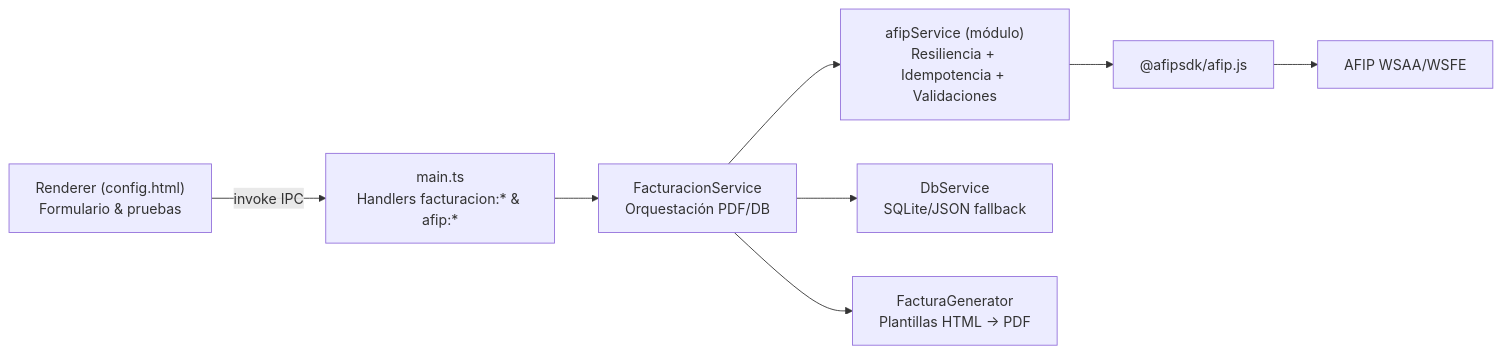
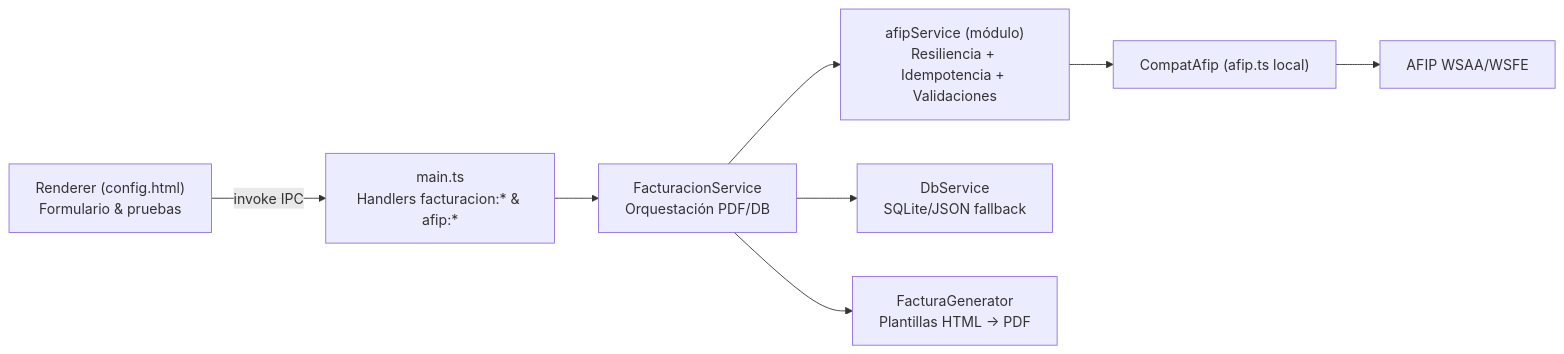
The first of 2 diagrams in docs/doc_afip/ANALISIS_MODULO_FACTURACION.md (ismaelsuarez/mp), drawn with Mermaid before and after one commit. The commit also changed other lines of this file and 170 other files, not shown here.

````diff
--- a/docs/doc_afip/ANALISIS_MODULO_FACTURACION.md
+++ b/docs/doc_afip/ANALISIS_MODULO_FACTURACION.md
@@ -48,10 +48,10 @@
 ```mermaid
 flowchart LR
   UI["Renderer (config.html)\nFormulario & pruebas"] -->|invoke IPC| MAIN["main.ts\nHandlers facturacion:* & afip:*"]
   MAIN --> FAC["FacturacionService\nOrquestación PDF/DB"]
   FAC --> AFS["afipService (módulo)\nResiliencia + Idempotencia + Validaciones"]
-  AFS --> SDK["@afipsdk/afip.js"]
-  SDK --> AFIP["AFIP WSAA/WSFE"]
+  AFS --> ADP["CompatAfip (afip.ts local)"]
+  ADP --> AFIP["AFIP WSAA/WSFE"]
   FAC --> DB["DbService\nSQLite/JSON fallback"]
   FAC --> PDF["FacturaGenerator\nPlantillas HTML → PDF"]
 ```
````
